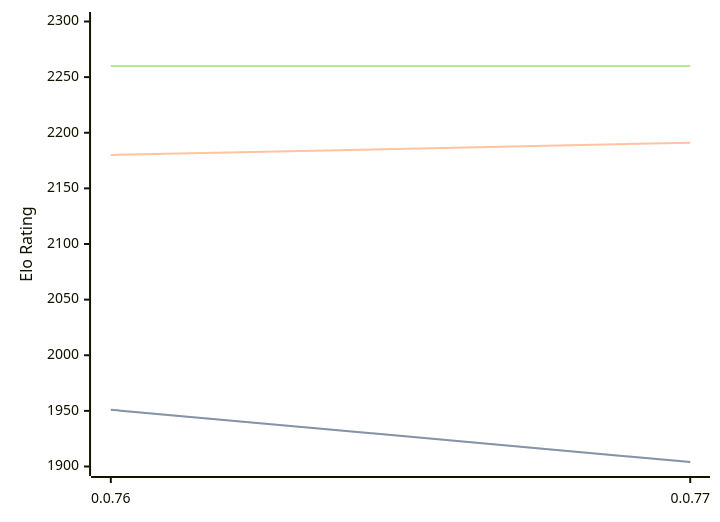
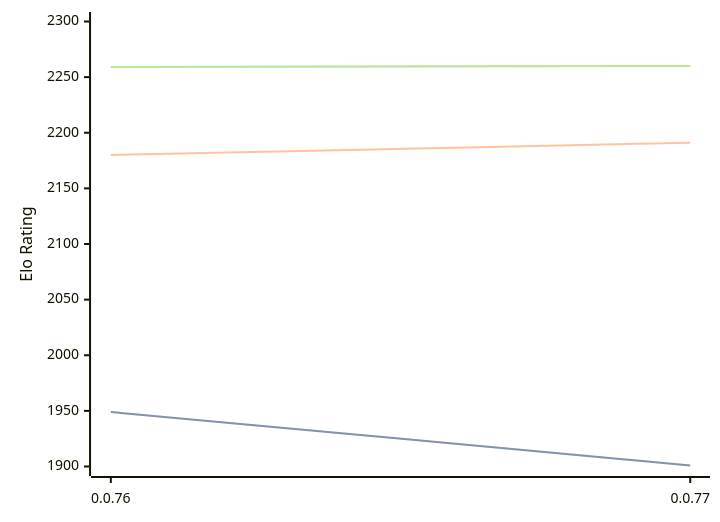
The diagram in engines/Fktb.md (computer-chess-index/cci), drawn with Mermaid before and after one commit. The commit also changed other lines of this file, not shown here.

Commit message:
Update CCI Ratings (ELO VLTC) - 2026-03-09

````diff
--- a/engines/Fktb.md
+++ b/engines/Fktb.md
@@ -30,11 +30,11 @@
 ```mermaid
 %%{init: {"theme":"base","themeVariables":{"seriesColors:['#a3a3a3','#222221','#faa371']}}}%%
 xychart-beta
   x-axis ["0.0.76", "0.0.77"]
   y-axis "Elo Rating" 1900 --> 2300
-  line "STC (8.0+0.08s)" [1951, 1904]
-  line "STC (8.0+0.08s)" [1951, 1904]
+  line "STC (8.0+0.08s)" [1949, 1901]
+  line "STC (8.0+0.08s)" [1949, 1901]
   line "LTC (60.0+0.60s)" [2180, 2191]
-  line "VLTC (2m24s+1.12s)" [2260, 2260]
-  line "VLTC (2m24s+1.12s)" [2260, 2260]
+  line "VLTC (2m24s+1.12s)" [2259, 2260]
+  line "VLTC (2m24s+1.12s)" [2259, 2260]
 ```
````
